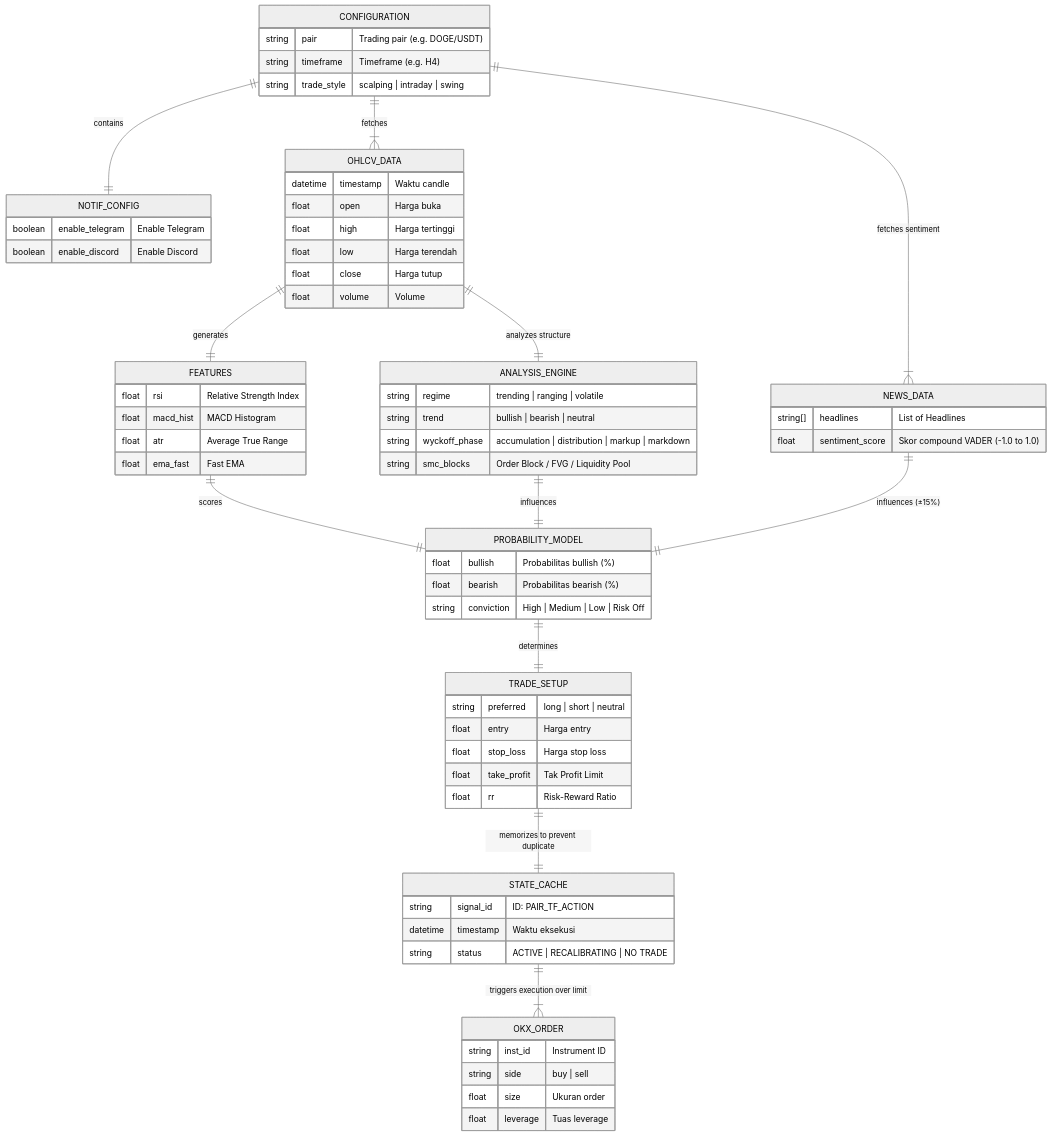
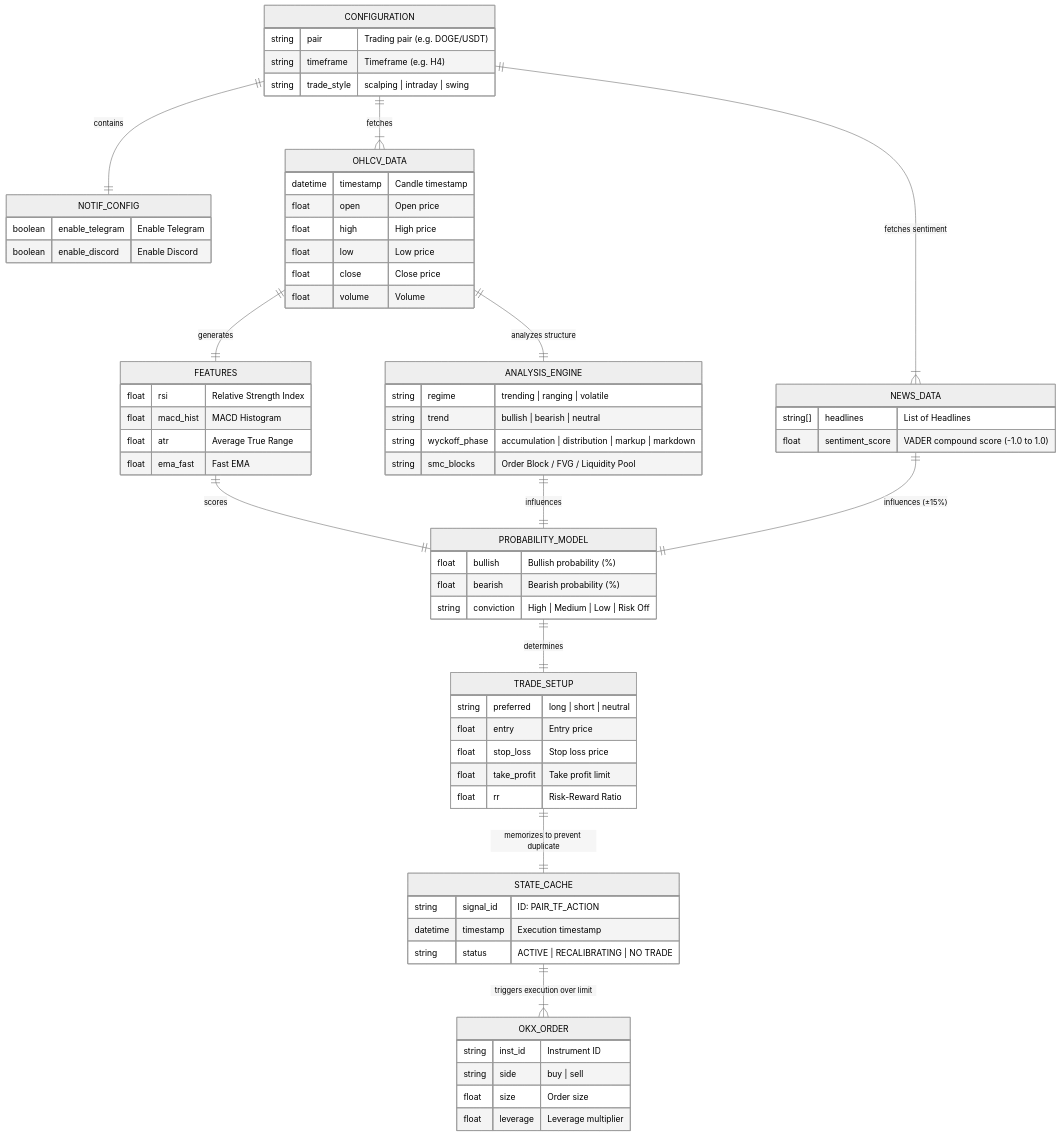
Before and after one commit to bayuevm-wq/Auto-Analisis: the second of 3 diagrams in README.md, drawn with Mermaid (neutral theme). The commit also changed other lines of this file and 1 other file, not shown here.

````diff
--- a/README.md
+++ b/README.md
@@ -589,80 +589,80 @@
 ```mermaid
 erDiagram
     CONFIGURATION {
         string pair "Trading pair (e.g. DOGE/USDT)"
         string timeframe "Timeframe (e.g. H4)"
         string trade_style "scalping | intraday | swing"
     }
 
     NOTIF_CONFIG {
         boolean enable_telegram "Enable Telegram"
         boolean enable_discord "Enable Discord"
     }
 
     OHLCV_DATA {
-        datetime timestamp "Waktu candle"
-        float open "Harga buka"
-        float high "Harga tertinggi"
-        float low "Harga terendah"
-        float close "Harga tutup"
+        datetime timestamp "Candle timestamp"
+        float open "Open price"
+        float high "High price"
+        float low "Low price"
+        float close "Close price"
         float volume "Volume"
     }
 
     NEWS_DATA {
         string[] headlines "List of Headlines"
-        float sentiment_score "Skor compound VADER (-1.0 to 1.0)"
+        float sentiment_score "VADER compound score (-1.0 to 1.0)"
     }
 
     FEATURES {
         float rsi "Relative Strength Index"
         float macd_hist "MACD Histogram"
         float atr "Average True Range"
         float ema_fast "Fast EMA"
     }
 
     ANALYSIS_ENGINE {
         string regime "trending | ranging | volatile"
         string trend "bullish | bearish | neutral"
         string wyckoff_phase "accumulation | distribution | markup | markdown"
         string smc_blocks "Order Block / FVG / Liquidity Pool"
     }
 
     PROBABILITY_MODEL {
-        float bullish "Probabilitas bullish (%)"
-        float bearish "Probabilitas bearish (%)"
+        float bullish "Bullish probability (%)"
+        float bearish "Bearish probability (%)"
         string conviction "High | Medium | Low | Risk Off"
     }
 
     TRADE_SETUP {
         string preferred "long | short | neutral"
-        float entry "Harga entry"
-        float stop_loss "Harga stop loss"
-        float take_profit "Tak Profit Limit"
+        float entry "Entry price"
+        float stop_loss "Stop loss price"
+        float take_profit "Take profit limit"
         float rr "Risk-Reward Ratio"
     }
 
     STATE_CACHE {
         string signal_id "ID: PAIR_TF_ACTION"
-        datetime timestamp "Waktu eksekusi"
+        datetime timestamp "Execution timestamp"
         string status "ACTIVE | RECALIBRATING | NO TRADE"
     }
 
     OKX_ORDER {
         string inst_id "Instrument ID"
         string side "buy | sell"
-        float size "Ukuran order"
-        float leverage "Tuas leverage"
+        float size "Order size"
+        float leverage "Leverage multiplier"
     }
 
     CONFIGURATION ||--|| NOTIF_CONFIG : "contains"
     CONFIGURATION ||--|{ OHLCV_DATA : "fetches"
     CONFIGURATION ||--|{ NEWS_DATA : "fetches sentiment"
     OHLCV_DATA ||--|| FEATURES : "generates"
     OHLCV_DATA ||--|| ANALYSIS_ENGINE : "analyzes structure"
     FEATURES ||--|| PROBABILITY_MODEL : "scores"
     ANALYSIS_ENGINE ||--|| PROBABILITY_MODEL : "influences"
     NEWS_DATA ||--|| PROBABILITY_MODEL : "influences (±15%)"
     PROBABILITY_MODEL ||--|| TRADE_SETUP : "determines"
     TRADE_SETUP ||--|| STATE_CACHE : "memorizes to prevent duplicate"
     STATE_CACHE ||--|{ OKX_ORDER : "triggers execution over limit"
 ```
````
